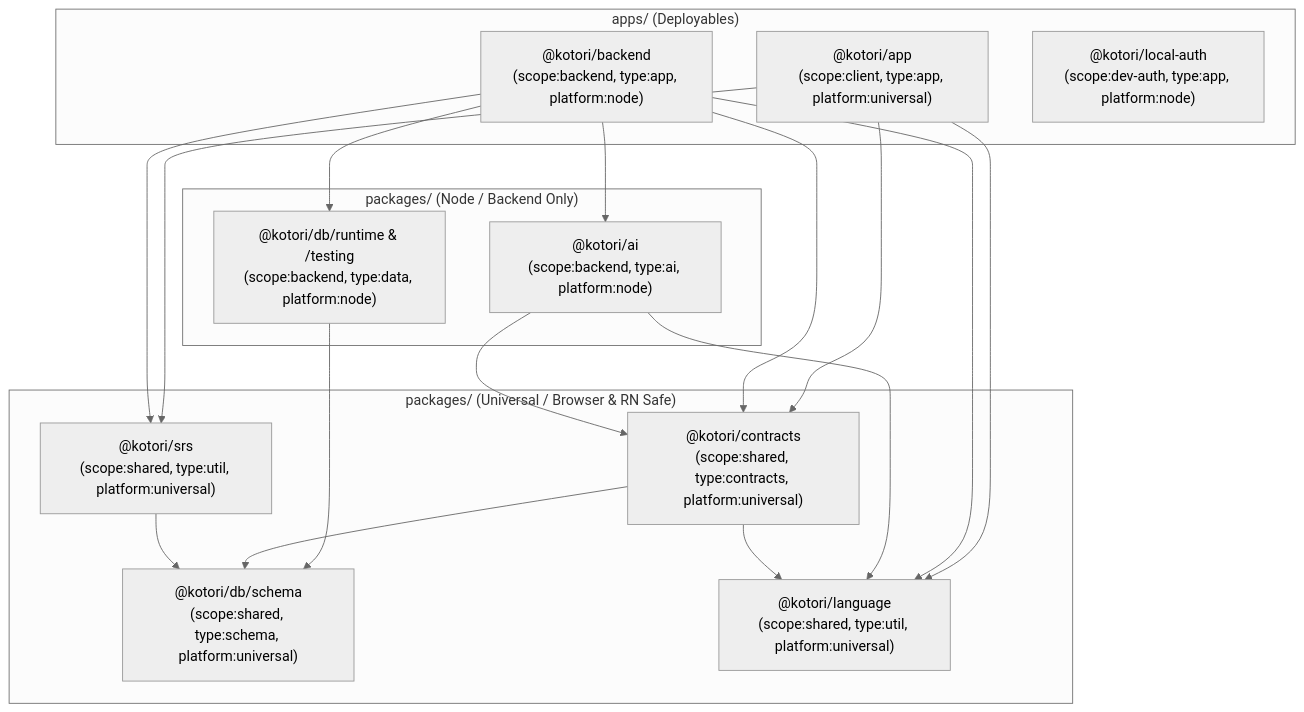
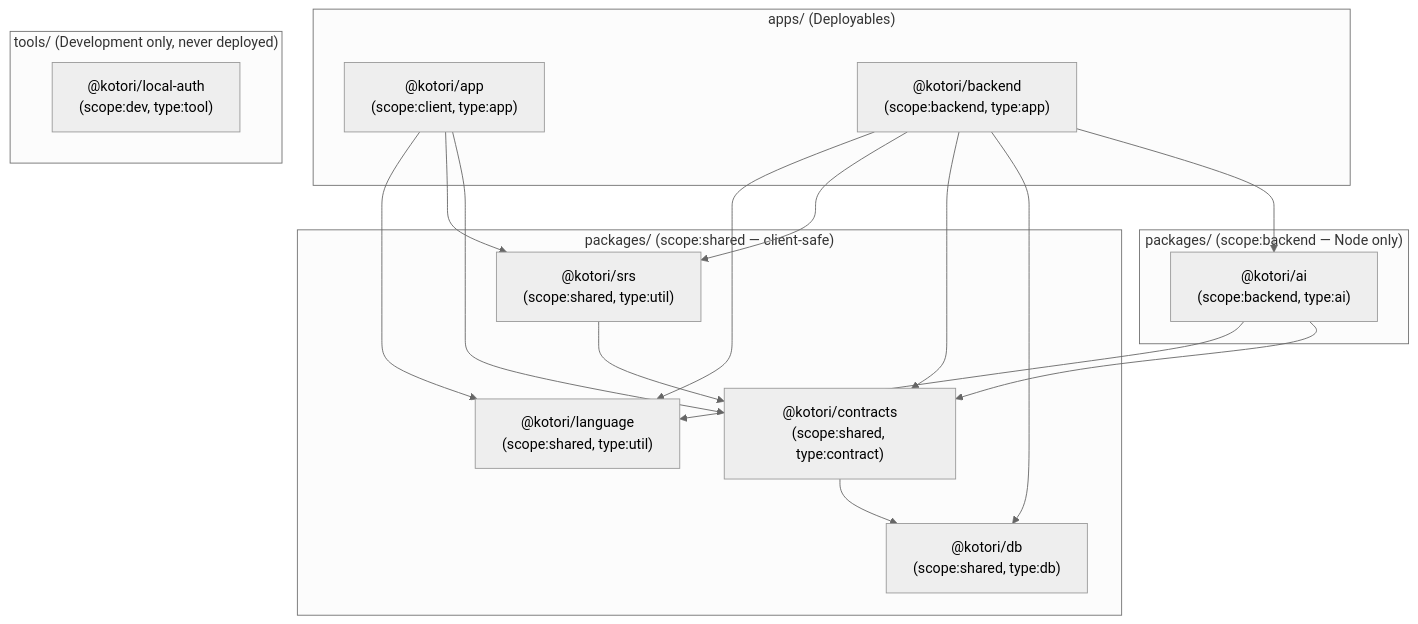
One commit to 0Calories/kotori changed the diagram in docs/monorepo-rearchitecture.md. Above: the diagram before and after it, drawn with Mermaid (neutral theme). The commit also changed other lines of this file and 407 other files, not shown here.

First line of the commit message:
Rearchitect the monorepo around the Drizzle tables: 15 projects to 8 (#55)

````diff
--- a/docs/monorepo-rearchitecture.md
+++ b/docs/monorepo-rearchitecture.md
@@ -98,38 +151,38 @@
 ```mermaid
 flowchart TD
   subgraph Apps ["apps/ (Deployables)"]
-    App["@kotori/app<br/>(scope:client, type:app, platform:universal)"]
-    Backend["@kotori/backend<br/>(scope:backend, type:app, platform:node)"]
-    LocalAuth["@kotori/local-auth<br/>(scope:dev-auth, type:app, platform:node)"]
+    App["@kotori/app<br/>(scope:client, type:app)"]
+    Backend["@kotori/backend<br/>(scope:backend, type:app)"]
   end
 
-  subgraph BackendLibs ["packages/ (Node / Backend Only)"]
-    AI["@kotori/ai<br/>(scope:backend, type:ai, platform:node)"]
-    DBRuntime["@kotori/db/runtime & /testing<br/>(scope:backend, type:data, platform:node)"]
+  subgraph Tools ["tools/ (Development only, never deployed)"]
+    LocalAuth["@kotori/local-auth<br/>(scope:dev, type:tool)"]
   end
 
-  subgraph UniversalLibs ["packages/ (Universal / Browser & RN Safe)"]
-    Contracts["@kotori/contracts<br/>(scope:shared, type:contracts, platform:universal)"]
-    DBSchema["@kotori/db/schema<br/>(scope:shared, type:schema, platform:universal)"]
-    SRS["@kotori/srs<br/>(scope:shared, type:util, platform:universal)"]
-    Language["@kotori/language<br/>(scope:shared, type:util, platform:universal)"]
+  subgraph BackendLibs ["packages/ (scope:backend — Node only)"]
+    AI["@kotori/ai<br/>(scope:backend, type:ai)"]
+  end
+
+  subgraph SharedLibs ["packages/ (scope:shared — client-safe)"]
+    Contracts["@kotori/contracts<br/>(scope:shared, type:contract)"]
+    DB["@kotori/db<br/>(scope:shared, type:db)"]
+    SRS["@kotori/srs<br/>(scope:shared, type:util)"]
+    Language["@kotori/language<br/>(scope:shared, type:util)"]
   end
 
   App --> Contracts
   App --> SRS
   App --> Language
 
   Backend --> AI
-  Backend --> DBRuntime
+  Backend --> DB
   Backend --> Contracts
   Backend --> SRS
   Backend --> Language
 
   AI --> Contracts
   AI --> Language
 
-  DBRuntime --> DBSchema
-  Contracts --> DBSchema
-  Contracts --> Language
-  SRS --> DBSchema
+  Contracts --> DB
+  SRS --> Contracts
 ```
````
